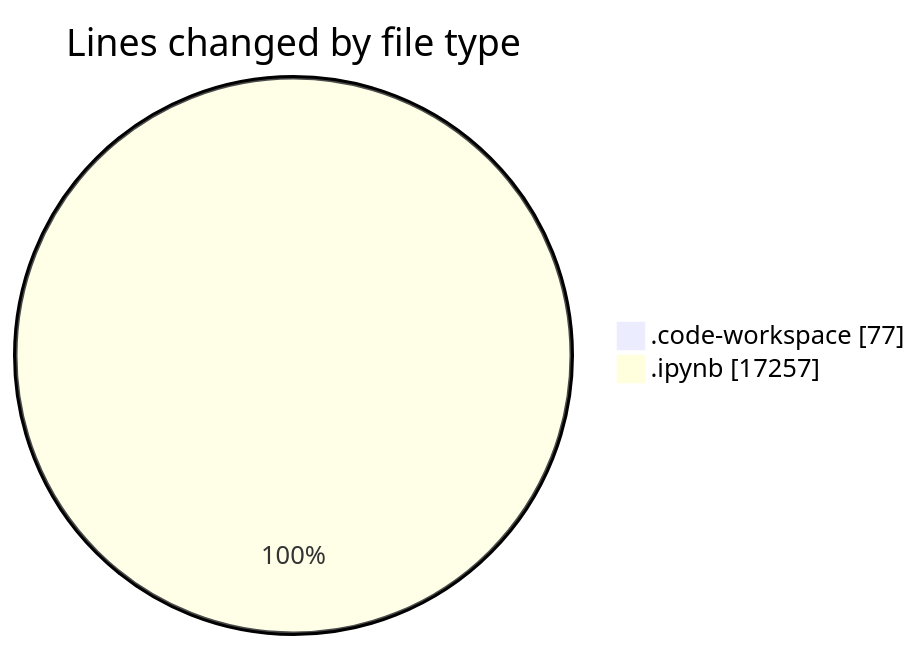
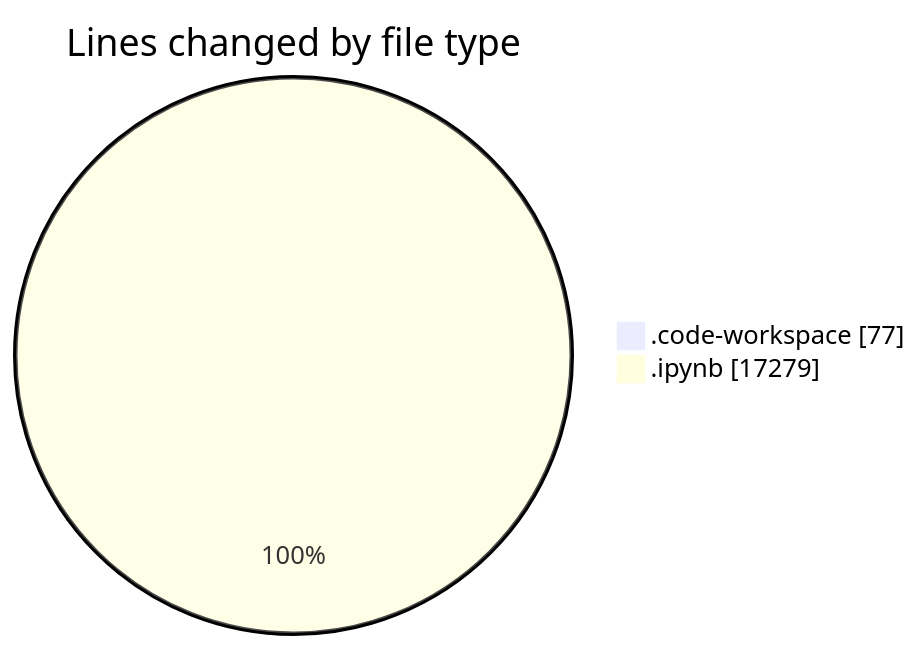
One commit to MatusMokan/code-tracking changed the first of 2 diagrams in 2025-03-14/myws__workspace_/README.md. Above: the diagram before and after it, drawn with Mermaid. The commit also changed other lines of this file and 1 other file, not shown here.

````diff
--- a/2025-03-14/myws__workspace_/README.md
+++ b/2025-03-14/myws__workspace_/README.md
@@ -21,6 +21,6 @@
 ```mermaid
 pie showData
 title Lines changed by file type
 ".code-workspace" : 77
-".ipynb" : 17257
+".ipynb" : 17279
 ```
````
